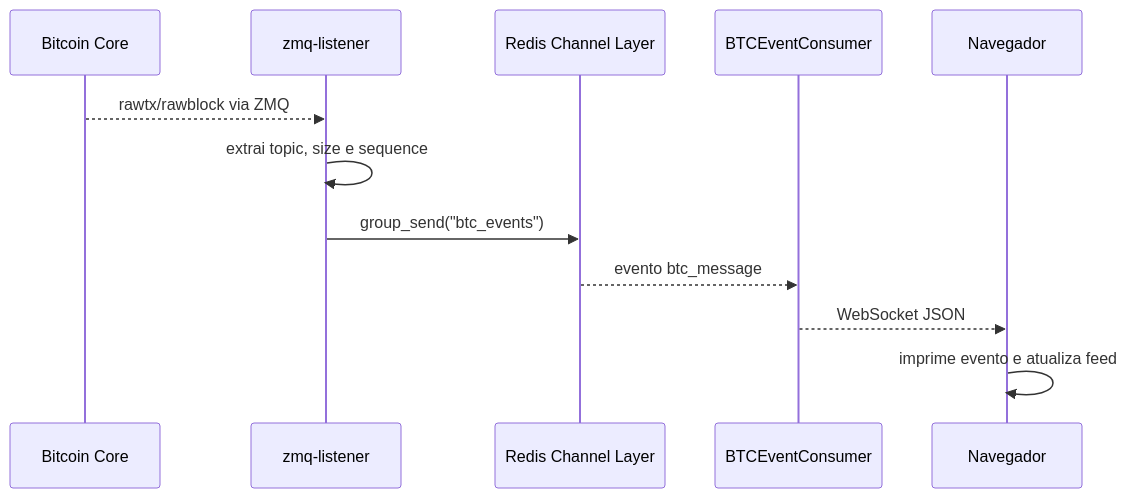
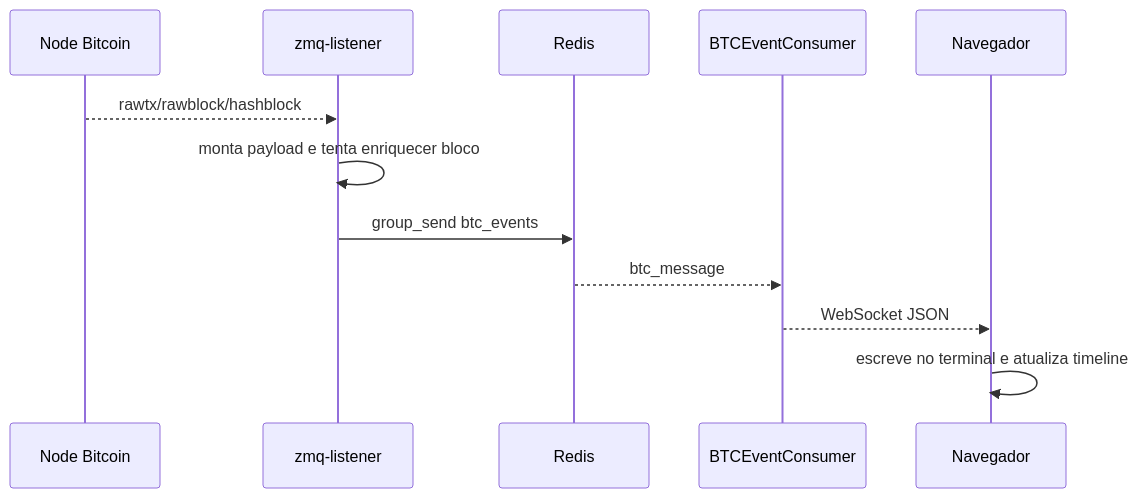
One commit to lyonpamplona/coreCraft_labs changed the third of 3 diagrams in docs/fluxos.md. Above: the diagram before and after it, drawn with Mermaid. The commit also changed other lines of this file and 26 other files, not shown here.

````diff
--- a/docs/fluxos.md
+++ b/docs/fluxos.md
@@ -83,15 +67,15 @@
 ```mermaid
 sequenceDiagram
-    participant BTC as Bitcoin Core
+    participant BTC as Node Bitcoin
     participant ZMQ as zmq-listener
-    participant Redis as Redis Channel Layer
+    participant Redis as Redis
     participant Consumer as BTCEventConsumer
     participant UI as Navegador
 
-    BTC-->>ZMQ: rawtx/rawblock via ZMQ
-    ZMQ->>ZMQ: extrai topic, size e sequence
-    ZMQ->>Redis: group_send("btc_events")
-    Redis-->>Consumer: evento btc_message
+    BTC-->>ZMQ: rawtx/rawblock/hashblock
+    ZMQ->>ZMQ: monta payload e tenta enriquecer bloco
+    ZMQ->>Redis: group_send btc_events
+    Redis-->>Consumer: btc_message
     Consumer-->>UI: WebSocket JSON
-    UI->>UI: imprime evento e atualiza feed
+    UI->>UI: escreve no terminal e atualiza timeline
 ```
````
